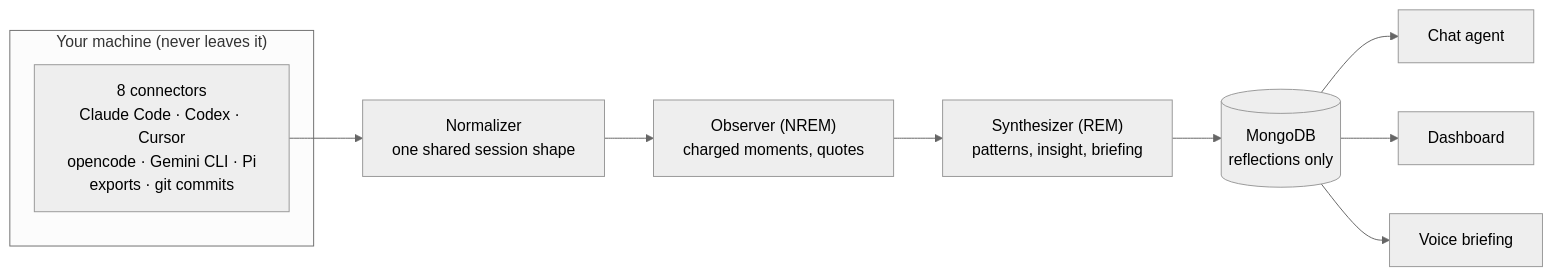
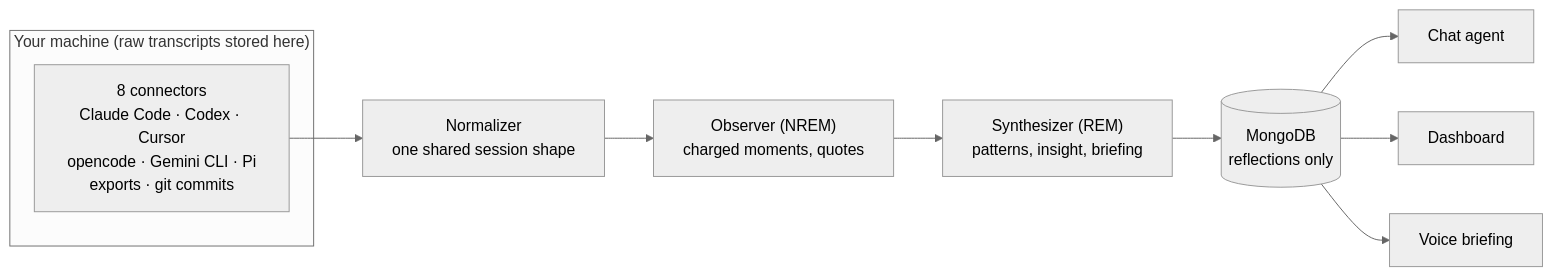
Before and after one commit to Vela3202019/wisen: the diagram in README.md, drawn with Mermaid (neutral theme). The commit also changed other lines of this file, not shown here.

First line of the commit message:
docs(readme): add an honest "what leaves your machine" section

````diff
--- a/README.md
+++ b/README.md
@@ -72,13 +72,13 @@
 ```mermaid
 flowchart LR
-    subgraph sources["Your machine (never leaves it)"]
+    subgraph sources["Your machine (raw transcripts stored here)"]
         A["8 connectors<br/>Claude Code · Codex · Cursor<br/>opencode · Gemini CLI · Pi<br/>exports · git commits"]
     end
     A --> N["Normalizer<br/>one shared session shape"]
     N --> O["Observer (NREM)<br/>charged moments, quotes"]
     O --> S["Synthesizer (REM)<br/>patterns, insight, briefing"]
     S --> M[("MongoDB<br/>reflections only")]
     M --> C["Chat agent"]
     M --> D["Dashboard"]
     M --> V["Voice briefing"]
 ```
````
